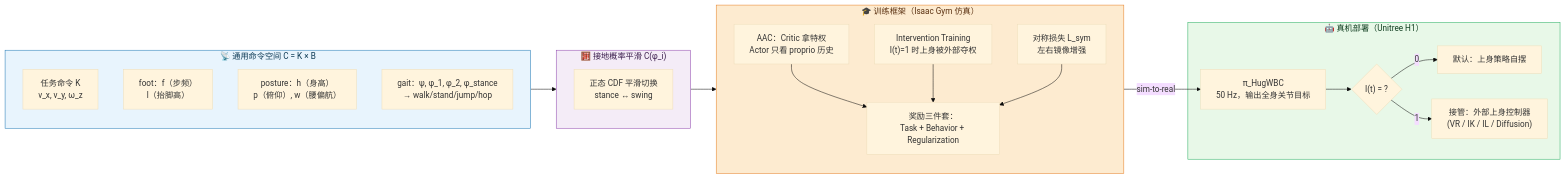
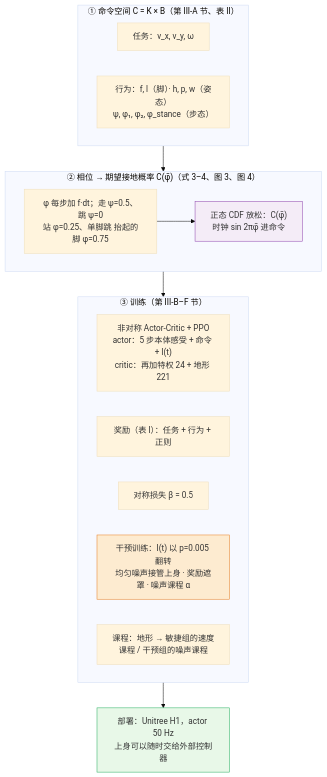
The second of 2 diagrams in papers/03_High_Impact_Selection/HugWBC_A_Unified_and_General_Humanoid_Whole-Body_Controller/HugWBC_A_Unified_and_General_Humanoid_Whole-Body_Controller.md (ImChong/Robot_Learning_Paper_Notebooks), drawn with Mermaid (base theme) before and after one commit. The commit also changed other lines of this file and 33 other files, not shown here.

First line of the commit message:
feat(HugWBC): 重写详情笔记，新增十六幕讲解动画、三个交互演示与配音稿

```diff
--- a/papers/03_High_Impact_Selection/HugWBC_A_Unified_and_General_Humanoid_Whole-Body_Controller/HugWBC_A_Unified_and_General_Humanoid_Whole-Body_Controller.md
+++ b/papers/03_High_Impact_Selection/HugWBC_A_Unified_and_General_Humanoid_Whole-Body_Controller/HugWBC_A_Unified_and_General_Humanoid_Whole-Body_Controller.md
@@ -135,42 +144,23 @@
 <div class="mermaid">
-flowchart LR
-    subgraph CMD["📡 通用命令空间 C = K × B"]
-        K1["任务命令 K<br/>v_x, v_y, ω_z"]
-        B1["foot：f（步频）<br/>l（抬脚高）"]
-        B2["posture：h（身高）<br/>p（俯仰）, w（腰偏航）"]
-        B3["gait：ψ, φ_1, φ_2, φ_stance<br/>→ walk/stand/jump/hop"]
+flowchart TB
+    subgraph S1["① 命令空间 C = K × B（第 III-A 节、表 II）"]
+        K["任务：v_x, v_y, ω"]
+        B["行为：f, l（脚）· h, p, w（姿态）<br/>ψ, φ₁, φ₂, φ_stance（步态）"]
     end
+    subgraph S2["② 相位 → 期望接地概率 C(φ̄)（式 3–4、图 3、图 4）"]
+        P["φ 每步加 f·dt；走 ψ=0.5、跳 ψ=0<br/>站 φ=0.25、单脚跳 抬起的脚 φ=0.75"] --> CC["正态 CDF 放松：C(φ̄)<br/>时钟 sin 2πφ̄ 进命令"]
+    end
+    subgraph S3["③ 训练（第 III-B–F 节）"]
+        AC["非对称 Actor-Critic + PPO<br/>actor：5 步本体感受 + 命令 + I(t)<br/>critic：再加特权 24 + 地形 221"]
+        RW["奖励（表 I）：任务 + 行为 + 正则"]
+        SY["对称损失 β = 0.5"]
+        IV["干预训练：I(t) 以 p=0.005 翻转<br/>均匀噪声接管上身 · 奖励遮罩 · 噪声课程 α"]
+        CU["课程：地形 → 敏捷组的速度课程 / 干预组的噪声课程"]
+    end
+    S1 --> S2 --> S3
+    S3 --> D["部署：Unitree H1，actor 50 Hz<br/>上身可以随时交给外部控制器"]
 
-    subgraph CON["🧮 接地概率平滑 C(φ_i)"]
-        CON1["正态 CDF 平滑切换<br/>stance ↔ swing"]
-    end
-
-    subgraph TRAIN["🎓 训练框架（Isaac Gym 仿真）"]
-        T1["AAC：Critic 拿特权<br/>Actor 只看 proprio 历史"]
-        T2["Intervention Training<br/>I(t)=1 时上身被外部夺权"]
-        T3["对称损失 L_sym<br/>左右镜像增强"]
-        T4["奖励三件套：<br/>Task + Behavior + Regularization"]
-        T1 --> T4
-        T2 --> T4
-        T3 --> T4
-    end
-
-    subgraph DEPLOY["🤖 真机部署（Unitree H1）"]
-        D1["π_HugWBC<br/>50 Hz，输出全身关节目标"]
-        D2{"I(t) = ?"}
-        D3["默认：上身策略自摆"]
-        D4["接管：外部上身控制器<br/>(VR / IK / IL / Diffusion)"]
-        D2 -->|0| D3
-        D2 -->|1| D4
-    end
-
-    CMD --> CON
-    CON --> TRAIN
-    TRAIN -->|sim-to-real| D1
-    D1 --> D2
-
-    style CMD fill:#e8f4fd,stroke:#1f78b4,color:#0b3954
-    style CON fill:#f4ecf7,stroke:#8e44ad,color:#3b1d4d
-    style TRAIN fill:#fdebd0,stroke:#e67e22,color:#5a3010
-    style DEPLOY fill:#e8f8e8,stroke:#27ae60,color:#0f3d1f
+    style CC fill:#f4ecf7,stroke:#8e44ad
+    style IV fill:#fdebd0,stroke:#e67e22
+    style D fill:#e8f8e8,stroke:#27ae60
 </div>
```
